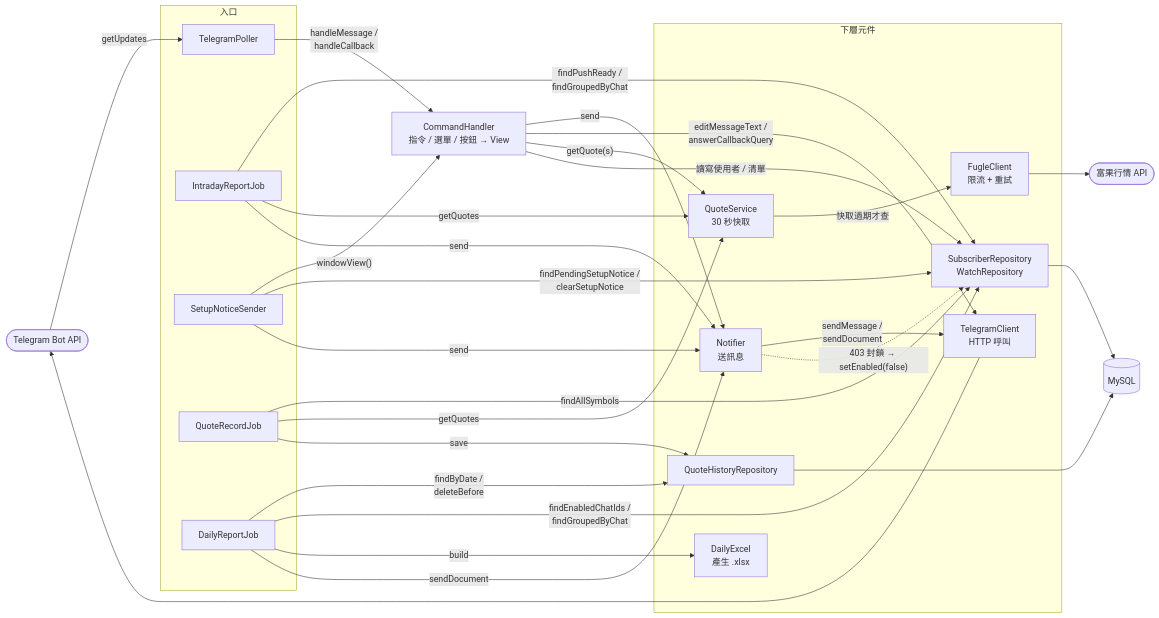
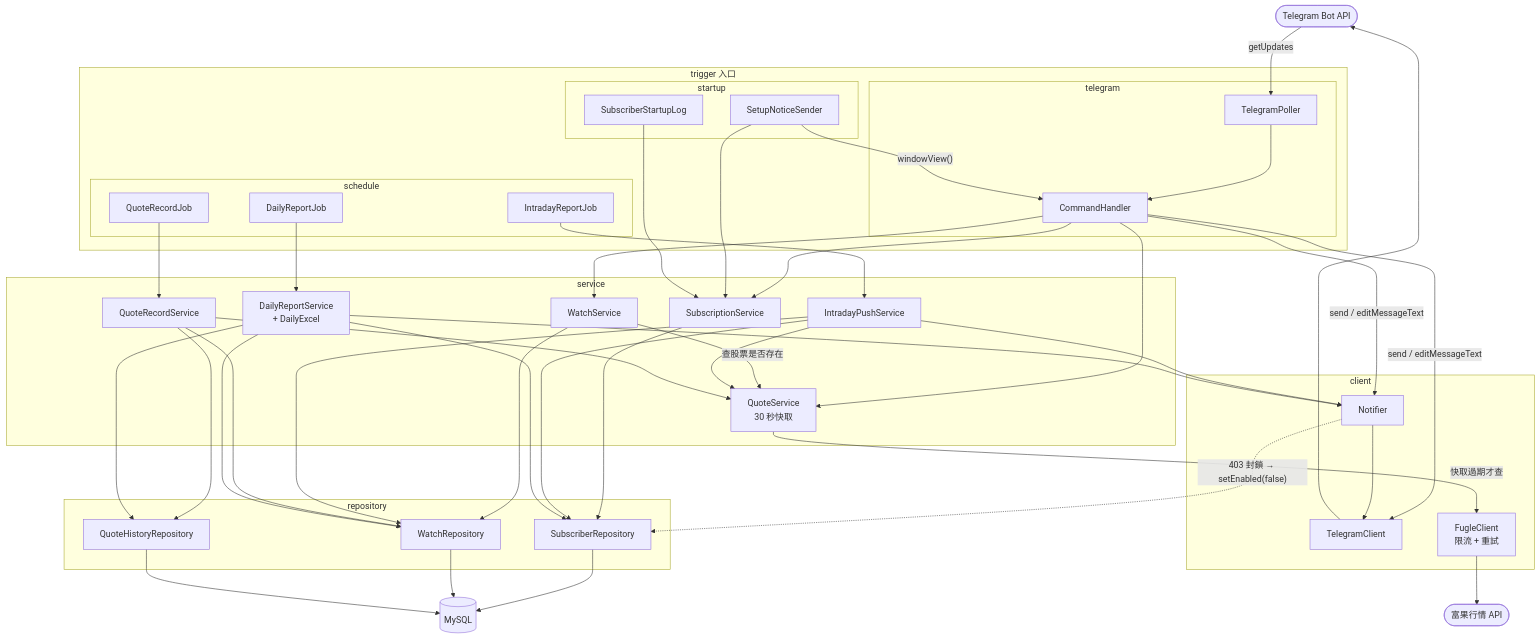
The first of 6 diagrams in docs/flow.md (enochctcg/stock-bot-2), drawn with Mermaid before and after one commit. The commit also changed other lines of this file and 78 other files, not shown here.

````diff
--- a/docs/flow.md
+++ b/docs/flow.md
@@ -20,56 +21,65 @@
 ```mermaid
-flowchart LR
+flowchart TB
     tg(["Telegram Bot API"])
     fugle(["富果行情 API"])
     db[("MySQL")]
 
-    subgraph entry["入口"]
-        poller["TelegramPoller"]
-        job["IntradayReportJob"]
-        notice["SetupNoticeSender"]
-        rec["QuoteRecordJob"]
-        daily["DailyReportJob"]
+    subgraph trigger["trigger 入口"]
+        subgraph t_tg["telegram"]
+            poller["TelegramPoller"]
+            handler["CommandHandler"]
+        end
+        subgraph t_sch["schedule"]
+            job["IntradayReportJob"]
+            rec["QuoteRecordJob"]
+            daily["DailyReportJob"]
+        end
+        subgraph t_up["startup"]
+            notice["SetupNoticeSender"]
+            slog["SubscriberStartupLog"]
+        end
     end
 
-    handler["CommandHandler<br/>指令 / 選單 / 按鈕 → View"]
-
-    subgraph lower["下層元件"]
-        notifier["Notifier<br/>送訊息"]
-        client["TelegramClient<br/>HTTP 呼叫"]
+    subgraph service["service"]
+        subs["SubscriptionService"]
+        watch["WatchService"]
         qs["QuoteService<br/>30 秒快取"]
-        fc["FugleClient<br/>限流 + 重試"]
-        repo["SubscriberRepository<br/>WatchRepository"]
-        hist["QuoteHistoryRepository"]
-        excel["DailyExcel<br/>產生 .xlsx"]
+        push["IntradayPushService"]
+        recs["QuoteRecordService"]
+        dailys["DailyReportService<br/>+ DailyExcel"]
     end
 
-    tg -- "getUpdates" --> poller
-    poller -- "handleMessage /<br/>handleCallback" --> handler
+    subgraph repo["repository"]
+        srepo["SubscriberRepository"]
+        wrepo["WatchRepository"]
+        hrepo["QuoteHistoryRepository"]
+    end
+
+    subgraph client["client"]
+        notifier["Notifier"]
+        tclient["TelegramClient"]
+        fc["FugleClient<br/>限流 + 重試"]
+    end
+
+    tg -- "getUpdates" --> poller --> handler
+    handler --> subs & watch & qs
+    handler -- "send / editMessageText" --> notifier & tclient
     notice -- "windowView()" --> handler
+    notice --> subs
+    slog --> subs
+    job --> push
+    rec --> recs
+    daily --> dailys
 
-    handler -- "send" --> notifier
-    handler -- "editMessageText /<br/>answerCallbackQuery" --> client
-    handler -- "getQuote(s)" --> qs
-    handler -- "讀寫使用者 / 清單" --> repo
+    subs --> srepo
+    watch --> wrepo
+    watch -- "查股票是否存在" --> qs
+    push --> srepo & wrepo & qs & notifier
+    recs --> wrepo & qs & hrepo
+    dailys --> srepo & wrepo & hrepo & notifier
 
-    job -- "findPushReady /<br/>findGroupedByChat" --> repo
-    job -- "getQuotes" --> qs
-    job -- "send" --> notifier
-    notice -- "findPendingSetupNotice /<br/>clearSetupNotice" --> repo
-    notice -- "send" --> notifier
-
-    rec -- "findAllSymbols" --> repo
-    rec -- "getQuotes" --> qs
-    rec -- "save" --> hist
-    daily -- "findByDate /<br/>deleteBefore" --> hist
-    daily -- "findEnabledChatIds /<br/>findGroupedByChat" --> repo
-    daily -- "build" --> excel
-    daily -- "sendDocument" --> notifier
-
-    notifier -- "sendMessage /<br/>sendDocument" --> client
-    notifier -. "403 封鎖 → setEnabled(false)" .-> repo
-    client --> tg
     qs -- "快取過期才查" --> fc --> fugle
-    repo --> db
-    hist --> db
+    notifier --> tclient --> tg
+    notifier -. "403 封鎖 → setEnabled(false)" .-> srepo
+    srepo & wrepo & hrepo --> db
 ```
````
